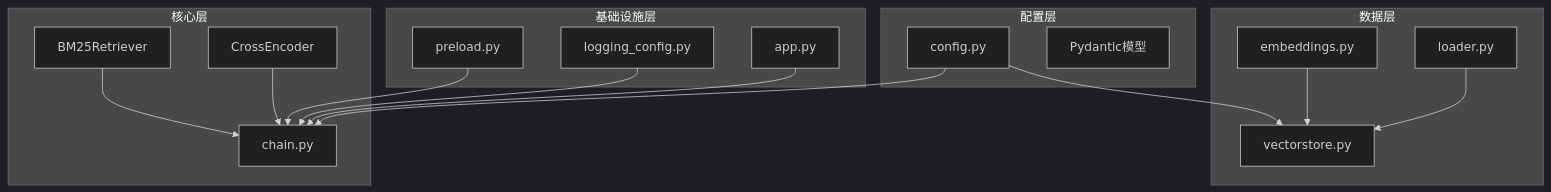
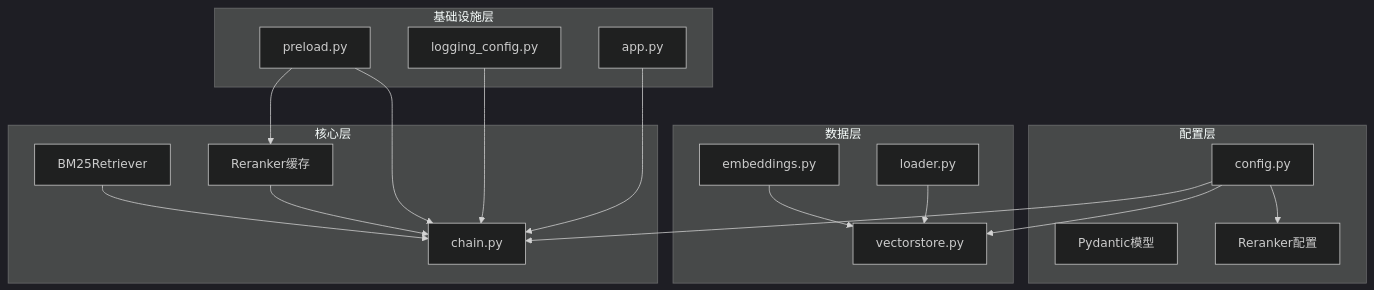
Diagram 11 of 11 in .qoder/repowiki/zh/content/RAG核心引擎/RAG检索链实现/RAG检索链实现.md (joyafa/knowledge), drawn with Mermaid (dark theme) before and after one commit. The commit also changed other lines of this file and 16 other files, not shown here.

````diff
--- a/.qoder/repowiki/zh/content/RAG核心引擎/RAG检索链实现/RAG检索链实现.md
+++ b/.qoder/repowiki/zh/content/RAG核心引擎/RAG检索链实现/RAG检索链实现.md
@@ -375,31 +412,34 @@
 ```mermaid
 graph TB
 subgraph "配置层"
 Config[config.py]
 Pydantic[Pydantic模型]
+RerankerCfg[Reranker配置]
 end
 subgraph "数据层"
 VectorStore[vectorstore.py]
 Embeddings[embeddings.py]
 Loader[loader.py]
 end
 subgraph "核心层"
 RAGChain[chain.py]
 BM25[BM25Retriever]
-Reranker[CrossEncoder]
+RerankerCache[Reranker缓存]
 end
 subgraph "基础设施层"
 Preload[preload.py]
 Logger[logging_config.py]
 App[app.py]
 end
 Config --> RAGChain
 Config --> VectorStore
+Config --> RerankerCfg
 Embeddings --> VectorStore
 Loader --> VectorStore
 BM25 --> RAGChain
-Reranker --> RAGChain
+RerankerCache --> RAGChain
 Preload --> RAGChain
+Preload --> RerankerCache
 Logger --> RAGChain
 App --> RAGChain
 ```
````
